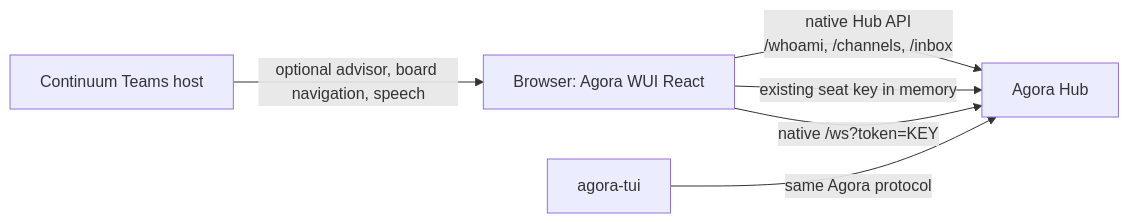
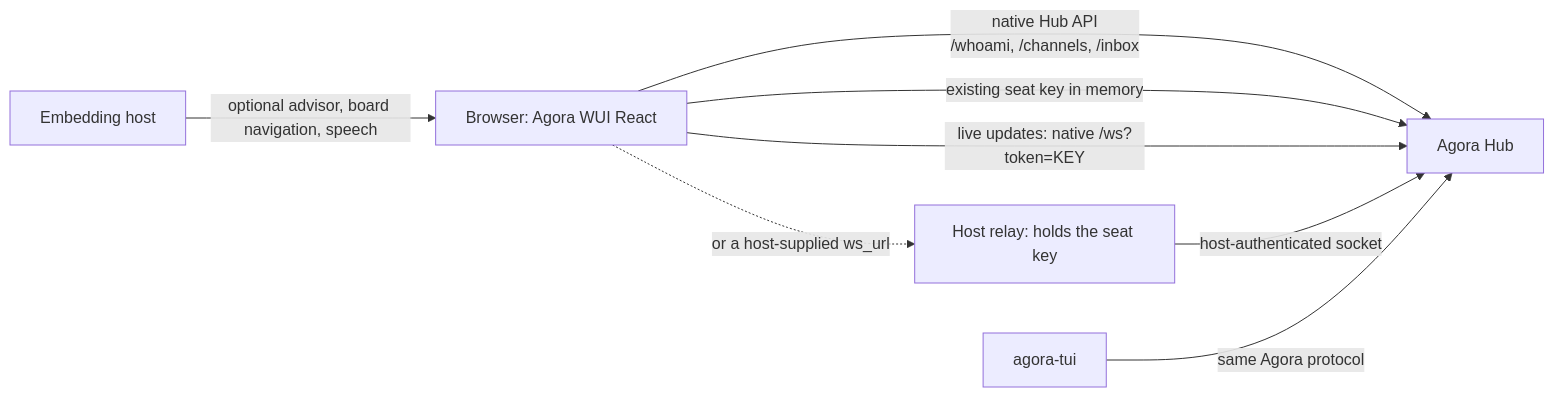
Before and after one commit to lpalbou/AgoraWUI: the first of 2 diagrams in docs/architecture.md, drawn with Mermaid. The commit also changed other lines of this file and 13 other files, not shown here.

````diff
--- a/docs/architecture.md
+++ b/docs/architecture.md
@@ -5,8 +5,10 @@
 ```mermaid
 flowchart LR
   Browser[Browser: Agora WUI React] -->|native Hub API\n/whoami, /channels, /inbox| Hub[Agora Hub]
   Browser -->|existing seat key in memory| Hub
-  Browser -->|native /ws?token=KEY| Hub
+  Browser -->|live updates: native /ws?token=KEY| Hub
+  Browser -.->|or a host-supplied ws_url| Relay[Host relay: holds the seat key]
+  Relay -->|host-authenticated socket| Hub
   TUI[agora-tui] -->|same Agora protocol| Hub
-  Continuum[Continuum Teams host] -->|optional advisor, board navigation, speech| Browser
+  Host[Embedding host] -->|optional advisor, board navigation, speech| Browser
 ```
````
